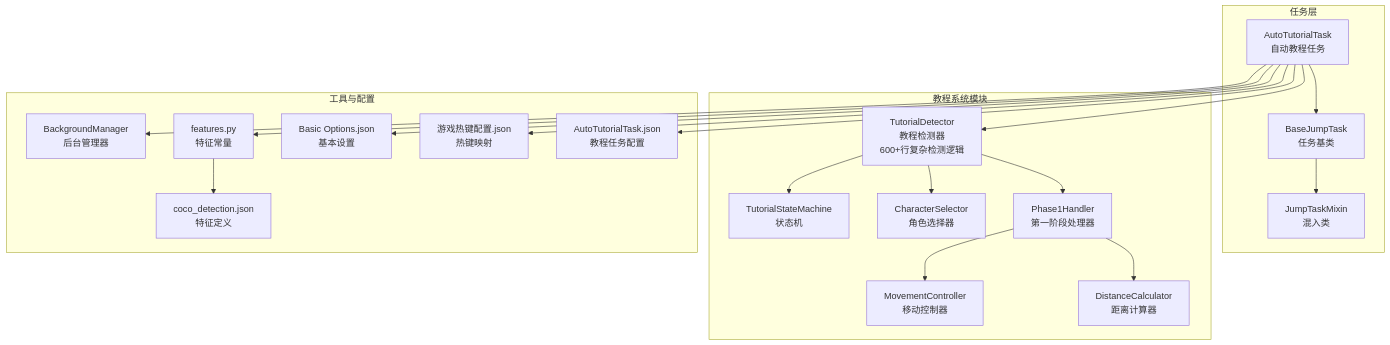
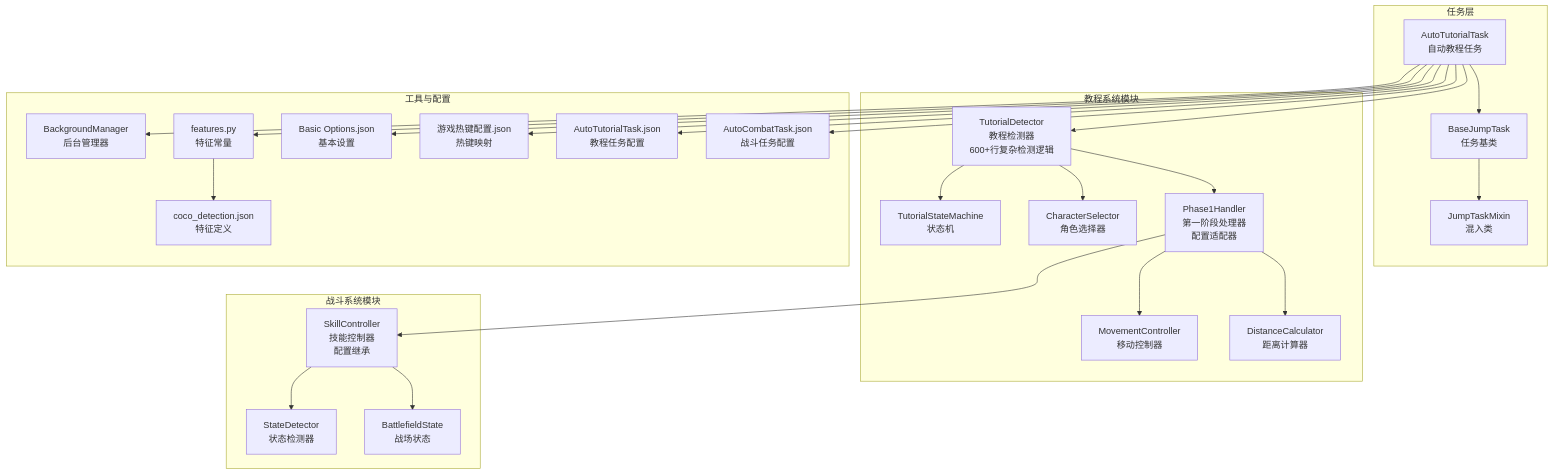
The first of 7 diagrams in .qoder/repowiki/zh/content/任务系统/自动教程任务.md (xsy098-max/ok-jump), drawn with Mermaid before and after one commit. The commit also changed other lines of this file and 22 other files, not shown here.

````diff
--- a/.qoder/repowiki/zh/content/任务系统/自动教程任务.md
+++ b/.qoder/repowiki/zh/content/任务系统/自动教程任务.md
@@ -55,38 +61,48 @@
 ```mermaid
 graph TB
 subgraph "任务层"
 AutoTutorialTask["AutoTutorialTask<br/>自动教程任务"]
 BaseJumpTask["BaseJumpTask<br/>任务基类"]
 Mixins["JumpTaskMixin<br/>混入类"]
 end
 subgraph "教程系统模块"
 TutorialDetector["TutorialDetector<br/>教程检测器<br/>600+行复杂检测逻辑"]
 StateMachine["TutorialStateMachine<br/>状态机"]
 CharacterSelector["CharacterSelector<br/>角色选择器"]
-Phase1Handler["Phase1Handler<br/>第一阶段处理器"]
+Phase1Handler["Phase1Handler<br/>第一阶段处理器<br/>配置适配器"]
 MovementCtrl["MovementController<br/>移动控制器"]
 DistanceCalc["DistanceCalculator<br/>距离计算器"]
+end
+subgraph "战斗系统模块"
+SkillController["SkillController<br/>技能控制器<br/>配置继承"]
+StateDetector["StateDetector<br/>状态检测器"]
+BattlefieldState["BattlefieldState<br/>战场状态"]
 end
 subgraph "工具与配置"
 BackgroundMgr["BackgroundManager<br/>后台管理器"]
 Features["features.py<br/>特征常量"]
 CocoCfg["coco_detection.json<br/>特征定义"]
 BasicCfg["Basic Options.json<br/>基本设置"]
 HotkeyCfg["游戏热键配置.json<br/>热键映射"]
 TutorialCfg["AutoTutorialTask.json<br/>教程任务配置"]
+CombatCfg["AutoCombatTask.json<br/>战斗任务配置"]
 end
 AutoTutorialTask --> BaseJumpTask
 BaseJumpTask --> Mixins
 AutoTutorialTask --> TutorialDetector
 TutorialDetector --> StateMachine
 TutorialDetector --> CharacterSelector
 TutorialDetector --> Phase1Handler
 Phase1Handler --> MovementCtrl
 Phase1Handler --> DistanceCalc
+Phase1Handler --> SkillController
+SkillController --> StateDetector
+SkillController --> BattlefieldState
 AutoTutorialTask --> Features
 Features --> CocoCfg
 AutoTutorialTask --> BackgroundMgr
 AutoTutorialTask --> HotkeyCfg
 AutoTutorialTask --> TutorialCfg
+AutoTutorialTask --> CombatCfg
 AutoTutorialTask --> BasicCfg
 ```
````
